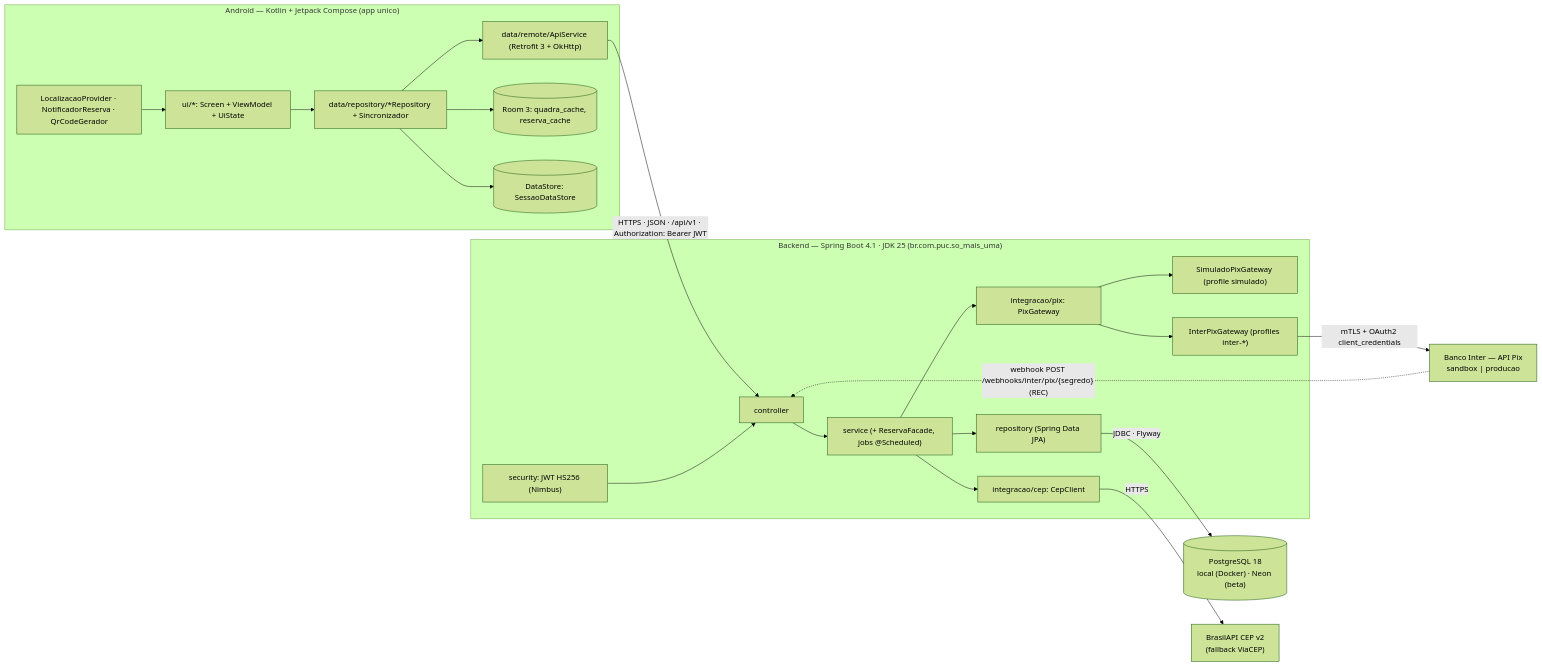
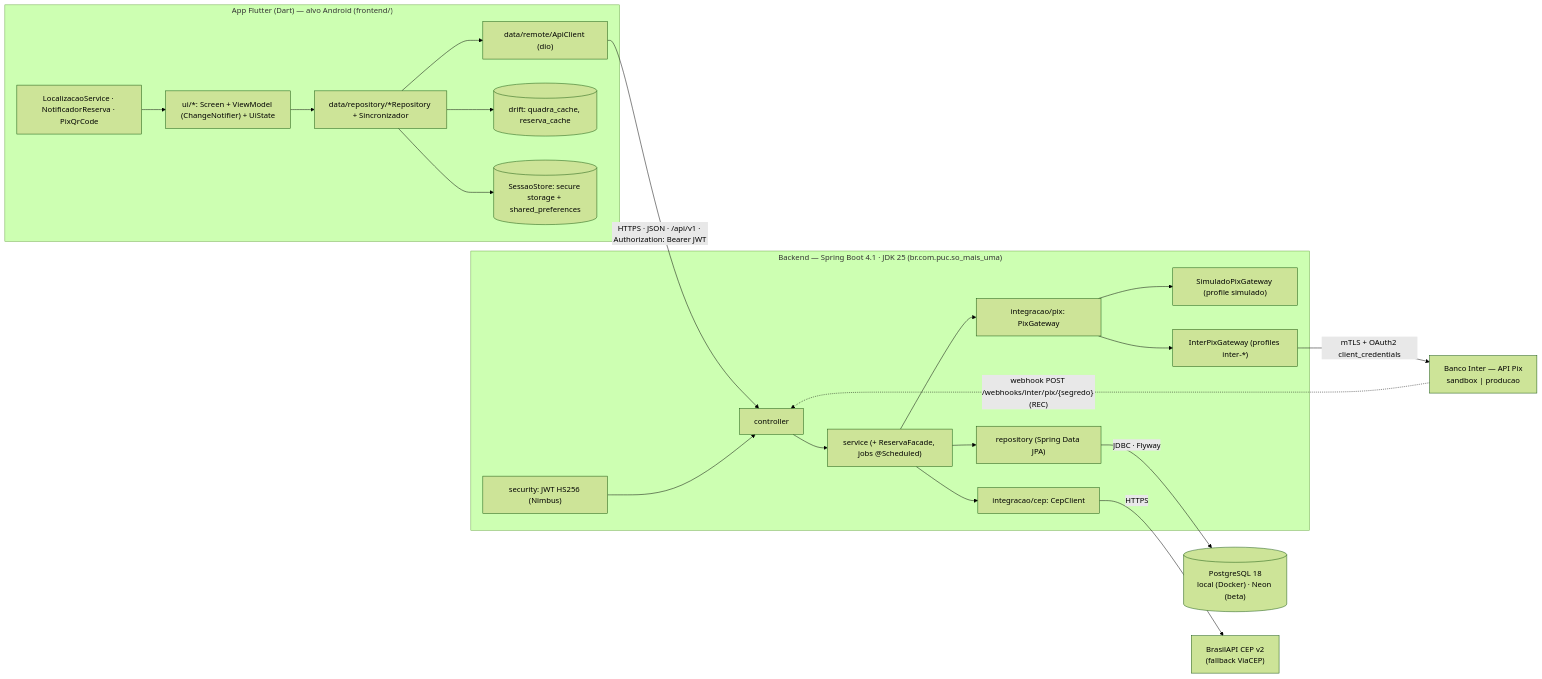
One commit to DEVigodE/so-mais-uma changed the first of 3 diagrams in docs/09-arquitetura.md. Above: the diagram before and after it, drawn with Mermaid (forest theme). The commit also changed other lines of this file and 25 other files, not shown here.

First line of the commit message:
docs: troca o app de Android nativo para Flutter

````diff
--- a/docs/09-arquitetura.md
+++ b/docs/09-arquitetura.md
@@ -7,27 +7,27 @@
 ```mermaid
 flowchart LR
-    subgraph APP["Android — Kotlin + Jetpack Compose (app unico)"]
-        UI["ui/*: Screen + ViewModel + UiState"] --> REPO["data/repository/*Repository + Sincronizador"]
-        REPO --> API["data/remote/ApiService (Retrofit 3 + OkHttp)"]
-        REPO --> ROOM[("Room 3: quadra_cache, reserva_cache")]
-        REPO --> DS[("DataStore: SessaoDataStore")]
-        NAT["LocalizacaoProvider · NotificadorReserva · QrCodeGerador"] --> UI
+    subgraph APP["App Flutter (Dart) — alvo Android (frontend/)"]
+        UI["ui/*: Screen + ViewModel (ChangeNotifier) + UiState"] --> REPO["data/repository/*Repository + Sincronizador"]
+        REPO --> API["data/remote/ApiClient (dio)"]
+        REPO --> ROOM[("drift: quadra_cache, reserva_cache")]
+        REPO --> DS[("SessaoStore: secure storage + shared_preferences")]
+        NAT["LocalizacaoService · NotificadorReserva · PixQrCode"] --> UI
     end
 
     API -- "HTTPS · JSON · /api/v1 · Authorization: Bearer JWT" --> CTRL
 
     subgraph BE["Backend — Spring Boot 4.1 · JDK 25 (br.com.puc.so_mais_uma)"]
         SEC["security: JWT HS256 (Nimbus)"] --> CTRL["controller"]
         CTRL --> SVC["service (+ ReservaFacade, jobs @Scheduled)"]
         SVC --> JPA["repository (Spring Data JPA)"]
         SVC --> PIX["integracao/pix: PixGateway"]
         SVC --> CEP["integracao/cep: CepClient"]
         PIX --> SIM["SimuladoPixGateway (profile simulado)"]
         PIX --> INTERGW["InterPixGateway (profiles inter-*)"]
     end
 
     JPA -- "JDBC · Flyway" --> PG[("PostgreSQL 18<br/>local (Docker) · Neon (beta)")]
     INTERGW -- "mTLS + OAuth2 client_credentials" --> INTER["Banco Inter — API Pix<br/>sandbox | producao"]
     CEP -- "HTTPS" --> BRASILAPI["BrasilAPI CEP v2<br/>(fallback ViaCEP)"]
     INTER -. "webhook POST /webhooks/inter/pix/{segredo} (REC)" .-> CTRL
 ```
````
